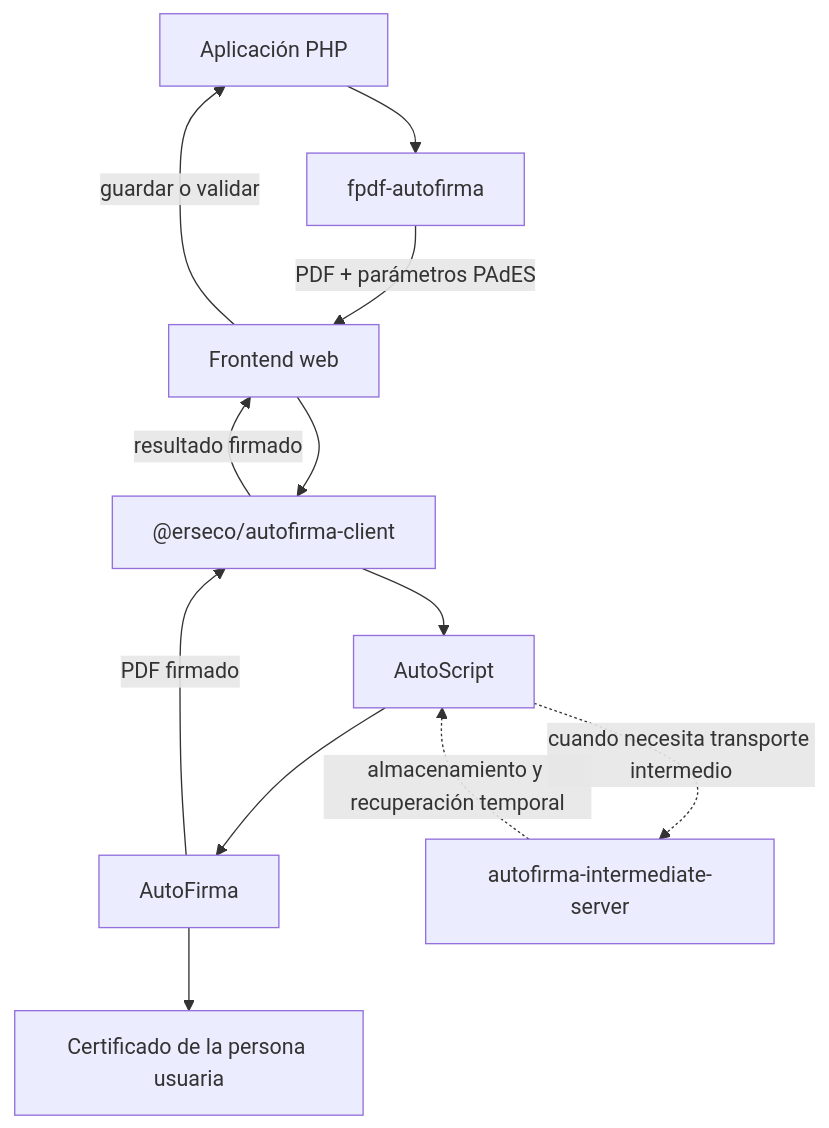
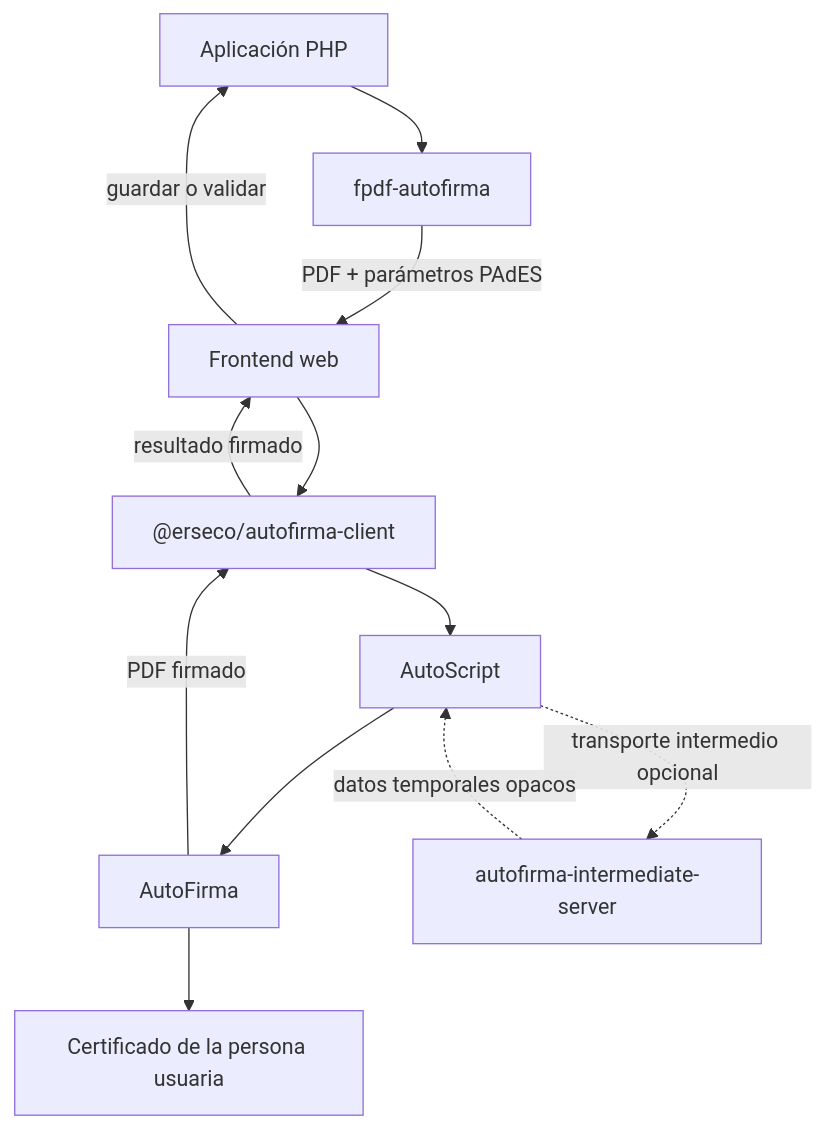
Before and after one commit to erseco/fpdf-autofirma: the diagram in README.md, drawn with Mermaid.

Commit message:
Use documented Mermaid dotted-link syntax

````diff
--- a/README.md
+++ b/README.md
@@ -46,14 +46,14 @@
 ```mermaid
 flowchart TD
     A["Aplicación PHP"] --> B["fpdf-autofirma"]
     B -->|PDF + parámetros PAdES| C["Frontend web"]
     C --> D["@erseco/autofirma-client"]
     D --> E["AutoScript"]
     E --> F["AutoFirma"]
     F --> G["Certificado de la persona usuaria"]
-    E -.->|cuando necesita transporte intermedio| H["autofirma-intermediate-server"]
-    H -.->|almacenamiento y recuperación temporal| E
+    E -. transporte intermedio opcional .-> H["autofirma-intermediate-server"]
+    H -. datos temporales opacos .-> E
     F -->|PDF firmado| D
     D -->|resultado firmado| C
     C -->|guardar o validar| A
 ```
````
